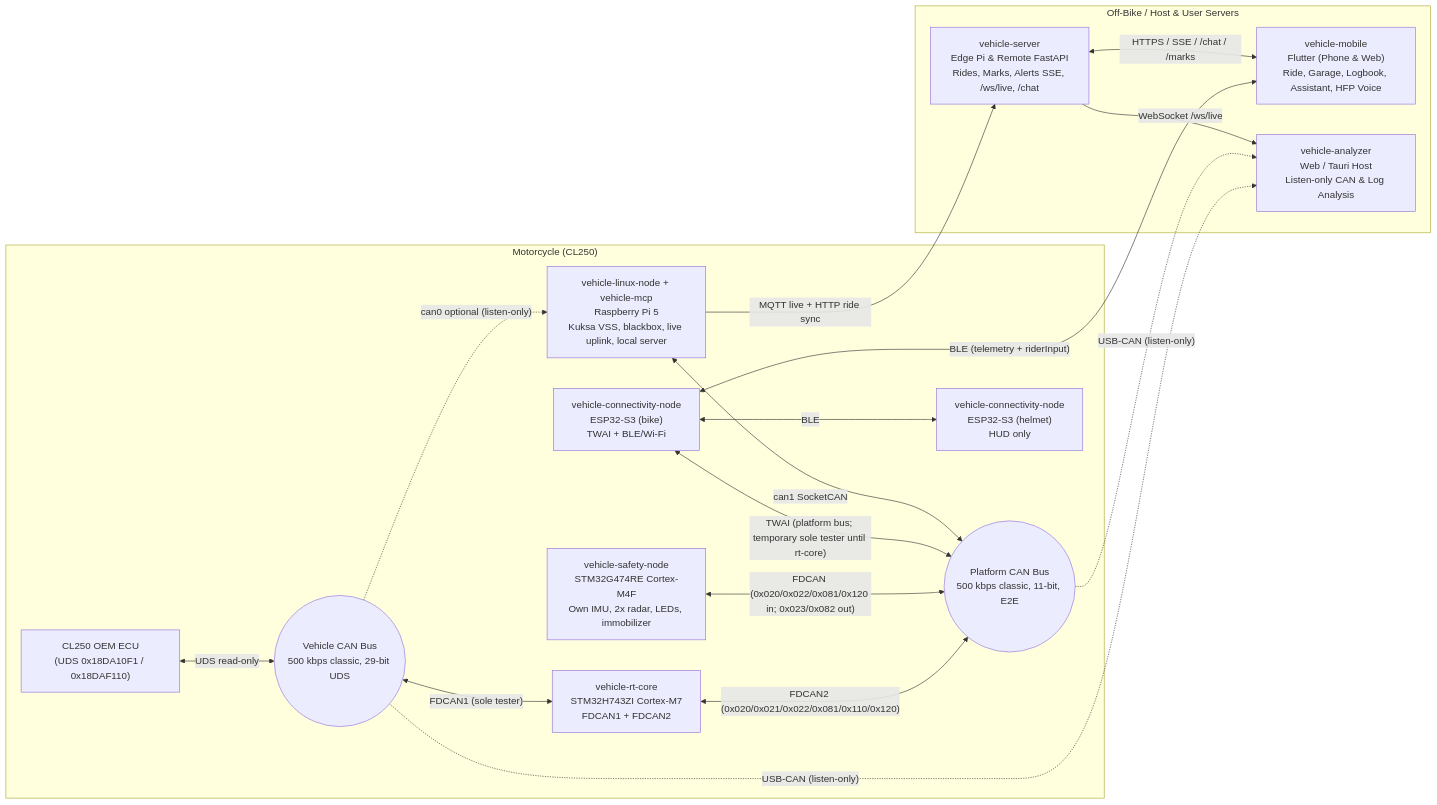
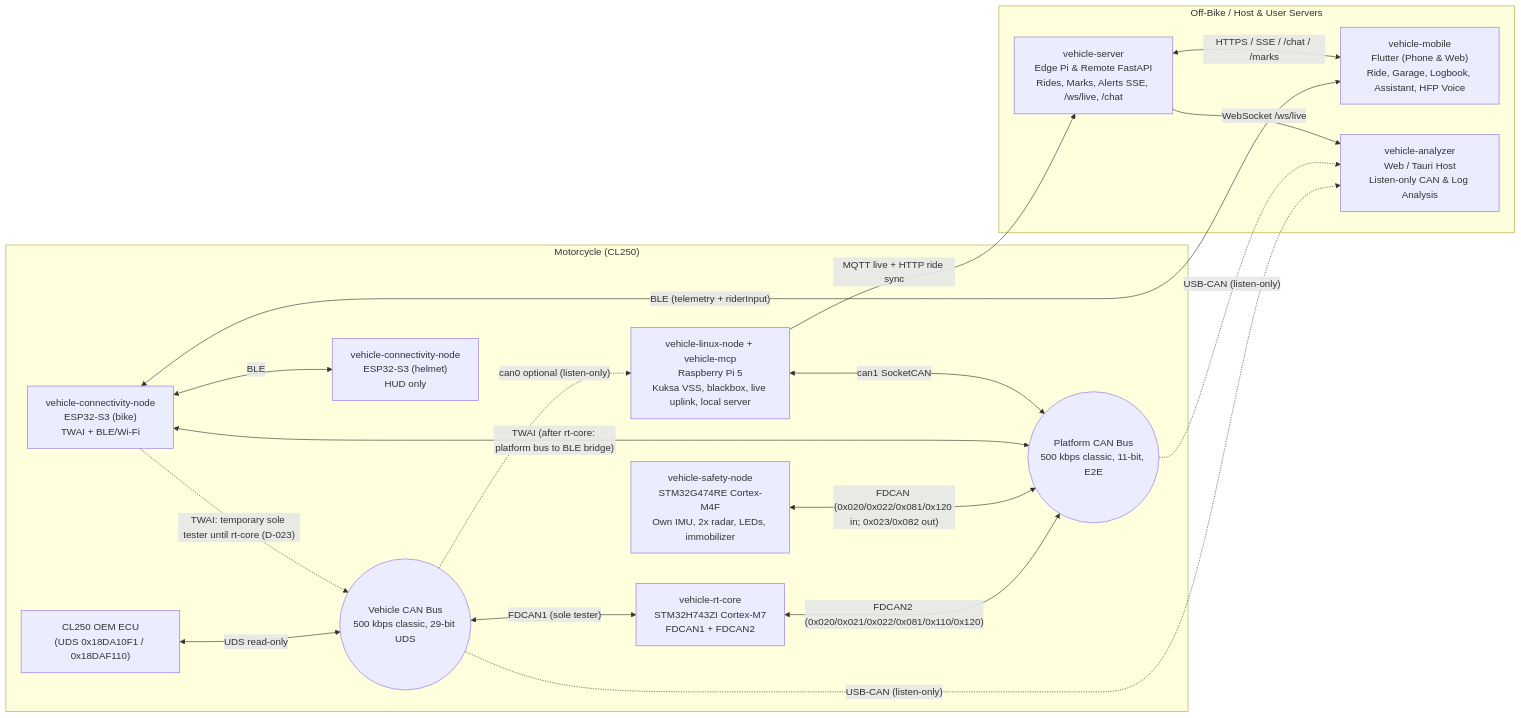
One commit to vehicle-platform/vehicle-defs changed the diagram in docs/diagrams/01-system-context.md. Above: the diagram before and after it, drawn with Mermaid. The commit also changed other lines of this file and 2 other files, not shown here.

Commit message:
docs(diagrams): temporary tester on the vehicle bus, no 0x19 from rt-core, post-ride replay

````diff
--- a/docs/diagrams/01-system-context.md
+++ b/docs/diagrams/01-system-context.md
@@ -5,36 +5,37 @@
 ```mermaid
 flowchart LR
   subgraph Bike["Motorcycle (CL250)"]
     ECU["CL250 OEM ECU<br/>(UDS 0x18DA10F1 / 0x18DAF110)"]
     VBUS(("Vehicle CAN Bus<br/>500 kbps classic, 29-bit UDS"))
     RTCORE["vehicle-rt-core<br/>STM32H743ZI Cortex-M7<br/>FDCAN1 + FDCAN2"]
     PBUS(("Platform CAN Bus<br/>500 kbps classic, 11-bit, E2E"))
     SAFETY["vehicle-safety-node<br/>STM32G474RE Cortex-M4F<br/>Own IMU, 2x radar, LEDs, immobilizer"]
     CONN["vehicle-connectivity-node<br/>ESP32-S3 (bike)<br/>TWAI + BLE/Wi-Fi"]
     HELMET["vehicle-connectivity-node<br/>ESP32-S3 (helmet)<br/>HUD only"]
     PI["vehicle-linux-node + vehicle-mcp<br/>Raspberry Pi 5<br/>Kuksa VSS, blackbox, live uplink, local server"]
   end
 
   subgraph HostCloud["Off-Bike / Host & User Servers"]
     SERVER["vehicle-server<br/>Edge Pi & Remote FastAPI<br/>Rides, Marks, Alerts SSE, /ws/live, /chat"]
     MOBILE["vehicle-mobile<br/>Flutter (Phone & Web)<br/>Ride, Garage, Logbook, Assistant, HFP Voice"]
     ANALYZER["vehicle-analyzer<br/>Web / Tauri Host<br/>Listen-only CAN & Log Analysis"]
   end
 
   ECU <-->|"UDS read-only"| VBUS
   VBUS <-->|"FDCAN1 (sole tester)"| RTCORE
   VBUS -.->|"can0 optional (listen-only)"| PI
   VBUS -.->|"USB-CAN (listen-only)"| ANALYZER
 
   RTCORE <-->|"FDCAN2 (0x020/0x021/0x022/0x081/0x110/0x120)"| PBUS
   SAFETY <-->|"FDCAN (0x020/0x022/0x081/0x120 in; 0x023/0x082 out)"| PBUS
-  CONN <-->|"TWAI (platform bus; temporary sole tester until rt-core)"| PBUS
+  CONN -.->|"TWAI: temporary sole tester until rt-core (D-023)"| VBUS
+  CONN <-->|"TWAI (after rt-core: platform bus to BLE bridge)"| PBUS
   PI <-->|"can1 SocketCAN"| PBUS
   PBUS -.->|"USB-CAN (listen-only)"| ANALYZER
 
   CONN <-->|"BLE"| HELMET
   CONN <-->|"BLE (telemetry + riderInput)"| MOBILE
   PI -->|"MQTT live + HTTP ride sync"| SERVER
   SERVER <-->|"HTTPS / SSE / /chat / /marks"| MOBILE
   SERVER -->|"WebSocket /ws/live"| ANALYZER
 ```
````
